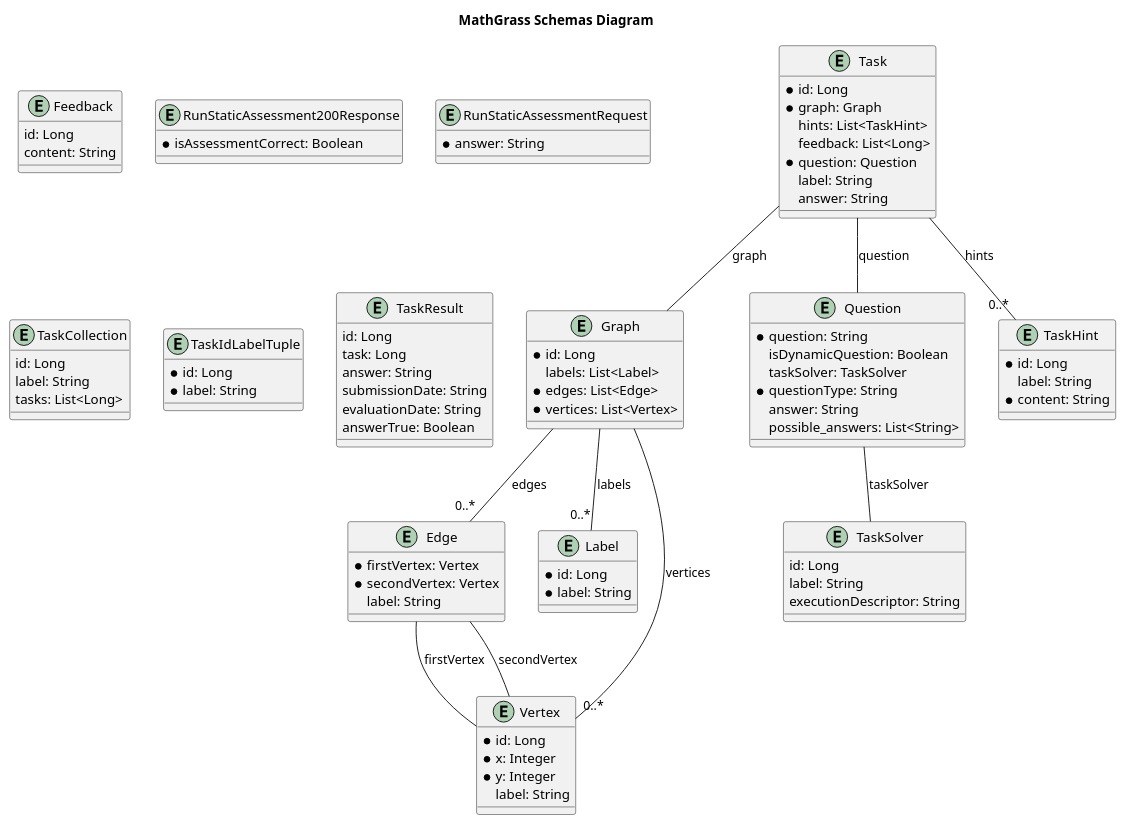
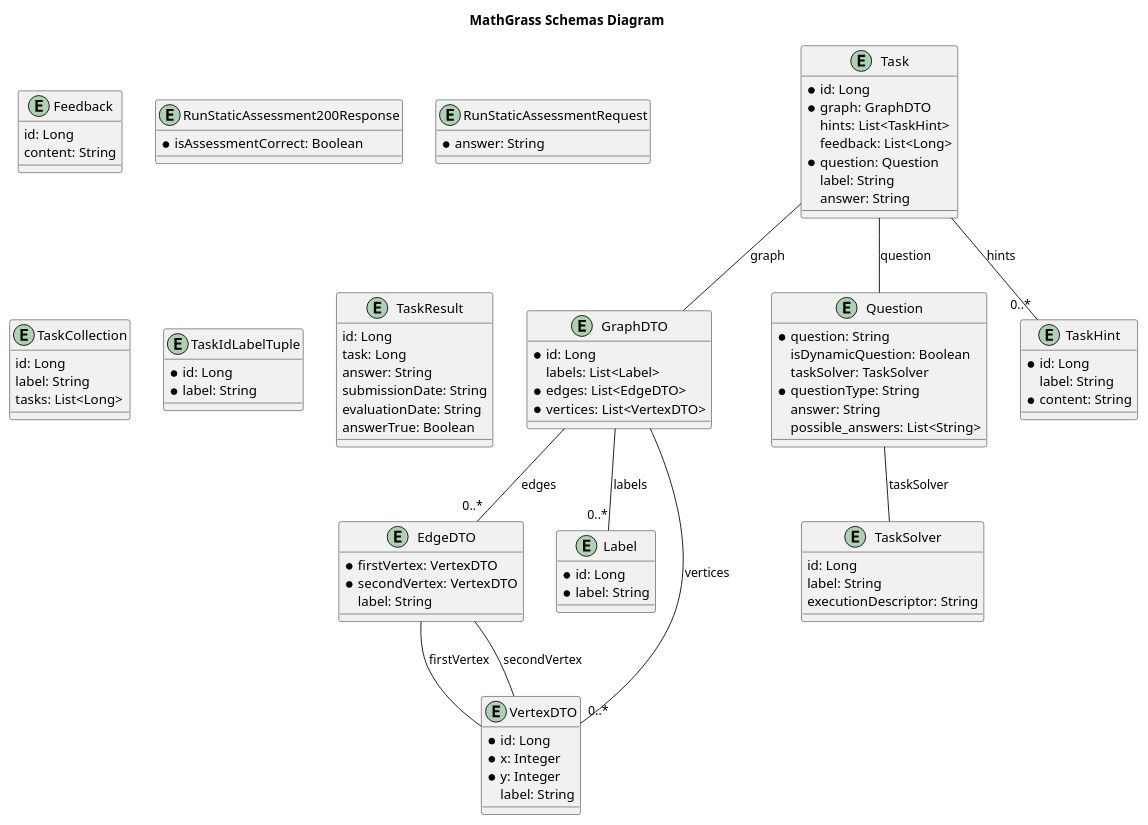
One commit to MathGrass/mathgrass-api changed the diagram in openapi-spec/schemas.plantuml. Above: the diagram before and after it, drawn with PlantUML. The commit also changed 7 other files, not shown here.

Commit message:
dev: Rename Graph, Vertex, and Edge to ...DTO

```diff
--- a/openapi-spec/schemas.plantuml
+++ b/openapi-spec/schemas.plantuml
@@ -1,105 +1,105 @@
 @startuml
 
 title MathGrass Schemas Diagram
 
-entity Edge {
-    * firstVertex: Vertex
-    * secondVertex: Vertex
+entity EdgeDTO {
+    * firstVertex: VertexDTO
+    * secondVertex: VertexDTO
     label: String
 }
 
 entity Feedback {
     id: Long
     content: String
 }
 
-entity Graph {
+entity GraphDTO {
     * id: Long
     labels: List<Label>
-    * edges: List<Edge>
-    * vertices: List<Vertex>
+    * edges: List<EdgeDTO>
+    * vertices: List<VertexDTO>
 }
 
 entity Label {
     * id: Long
     * label: String
 }
 
 entity Question {
     * question: String
     isDynamicQuestion: Boolean
     taskSolver: TaskSolver
     * questionType: String
     answer: String
     possible_answers: List<String>
 }
 
 entity RunStaticAssessment200Response {
     * isAssessmentCorrect: Boolean
 }
 
 entity RunStaticAssessmentRequest {
     * answer: String
 }
 
 entity Task {
     * id: Long
-    * graph: Graph
+    * graph: GraphDTO
     hints: List<TaskHint>
     feedback: List<Long>
     * question: Question
     label: String
     answer: String
 }
 
 entity TaskCollection {
     id: Long
     label: String
     tasks: List<Long>
 }
 
 entity TaskHint {
     * id: Long
     label: String
     * content: String
 }
 
 entity TaskIdLabelTuple {
     * id: Long
     * label: String
 }
 
 entity TaskResult {
     id: Long
     task: Long
     answer: String
     submissionDate: String
     evaluationDate: String
     answerTrue: Boolean
 }
 
 entity TaskSolver {
     id: Long
     label: String
     executionDescriptor: String
 }
 
-entity Vertex {
+entity VertexDTO {
     * id: Long
     * x: Integer
     * y: Integer
     label: String
 }
 
 
-Task -- Graph : graph
+Task -- GraphDTO : graph
 Task -- "0..*" TaskHint : hints
 Task -- Question : question
-Graph -- "0..*" Label : labels
-Graph -- "0..*" Edge : edges
-Graph -- "0..*" Vertex : vertices
+GraphDTO -- "0..*" Label : labels
+GraphDTO -- "0..*" EdgeDTO : edges
+GraphDTO -- "0..*" VertexDTO : vertices
+EdgeDTO -- VertexDTO : firstVertex
+EdgeDTO -- VertexDTO : secondVertex
 Question -- TaskSolver : taskSolver
-Edge -- Vertex : firstVertex
-Edge -- Vertex : secondVertex
 
 @enduml
```
